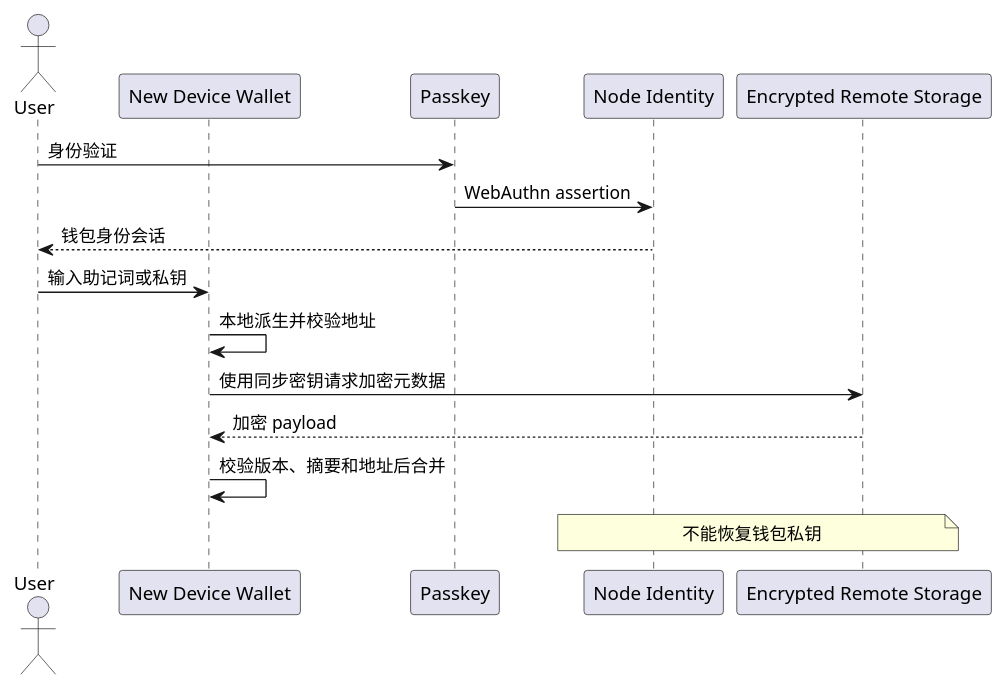
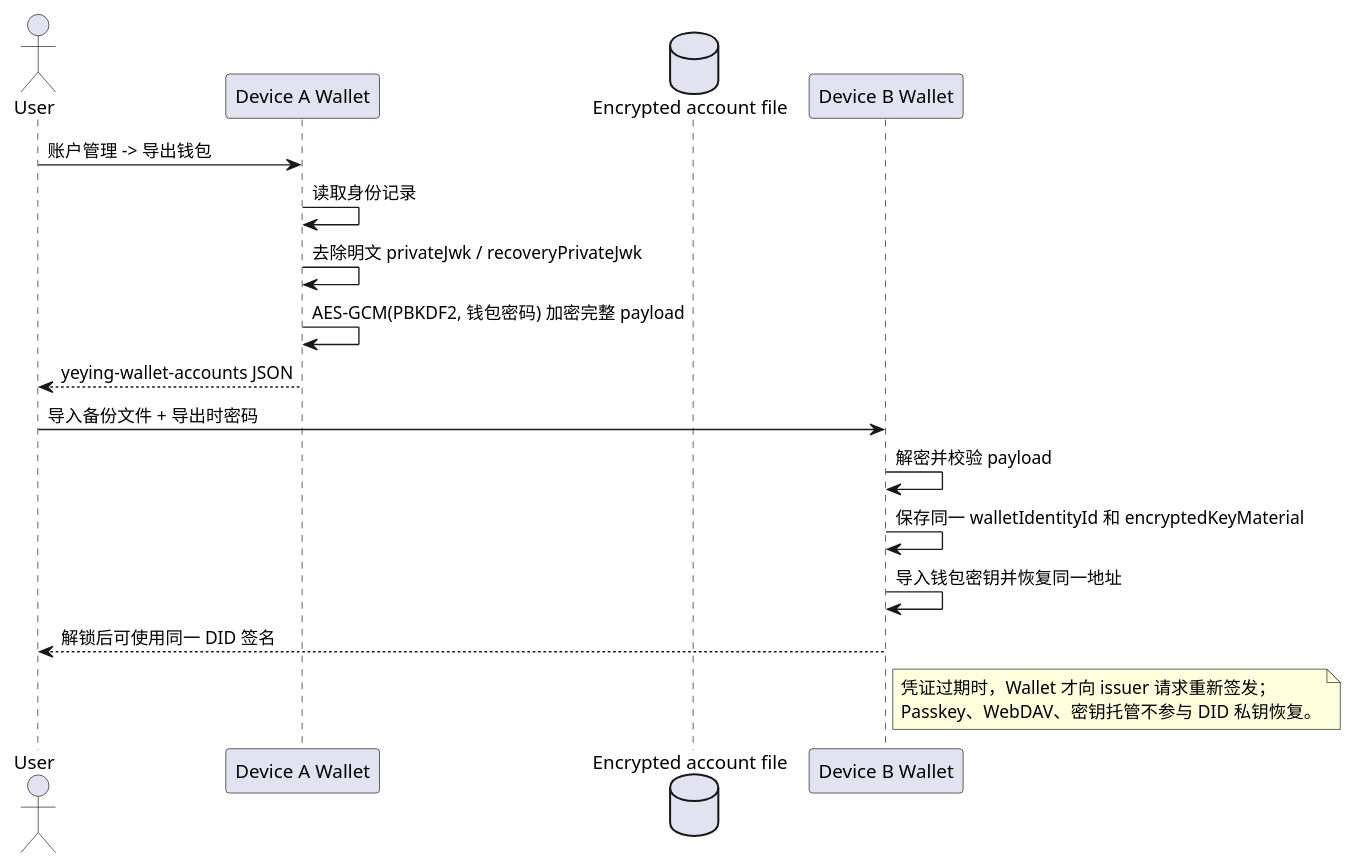
The third of 3 diagrams in docs/钱包安全/数据安全.md (yeying-community/wallet), drawn with PlantUML before and after one commit. The commit also changed other lines of this file and 11 other files, not shown here.

Commit message:
feat: support complete identity recovery from custody

````diff
--- a/docs/钱包安全/数据安全.md
+++ b/docs/钱包安全/数据安全.md
@@ -149,20 +149,22 @@
 ```plantuml
-@startuml recovery-boundaries
+@startuml wallet-identity-restore
 actor User
-participant "New Device Wallet" as Wallet
-participant "Passkey" as Passkey
-participant "Node Identity" as Node
-participant "Encrypted Remote Storage" as Remote
-User -> Passkey : 身份验证
-Passkey -> Node : WebAuthn assertion
-Node --> User : 钱包身份会话
-User -> Wallet : 输入助记词或私钥
-Wallet -> Wallet : 本地派生并校验地址
-Wallet -> Remote : 使用同步密钥请求加密元数据
-Remote --> Wallet : 加密 payload
-Wallet -> Wallet : 校验版本、摘要和地址后合并
-note over Node,Remote
-不能恢复钱包私钥
+participant "Device A Wallet" as Old
+database "Encrypted account file" as File
+participant "Device B Wallet" as New
+User -> Old : 账户管理 -> 导出钱包
+Old -> Old : 读取身份记录
+Old -> Old : 去除明文 privateJwk / recoveryPrivateJwk
+Old -> Old : AES-GCM(PBKDF2, 钱包密码) 加密完整 payload
+Old --> User : yeying-wallet-accounts JSON
+User -> New : 导入备份文件 + 导出时密码
+New -> New : 解密并校验 payload
+New -> New : 保存同一 walletIdentityId 和 encryptedKeyMaterial
+New -> New : 导入钱包密钥并恢复同一地址
+New --> User : 解锁后可使用同一 DID 签名
+note right of New
+凭证过期时，Wallet 才向 issuer 请求重新签发；
+Passkey、WebDAV、密钥托管不参与 DID 私钥恢复。
 end note
 @enduml
 ```
````
